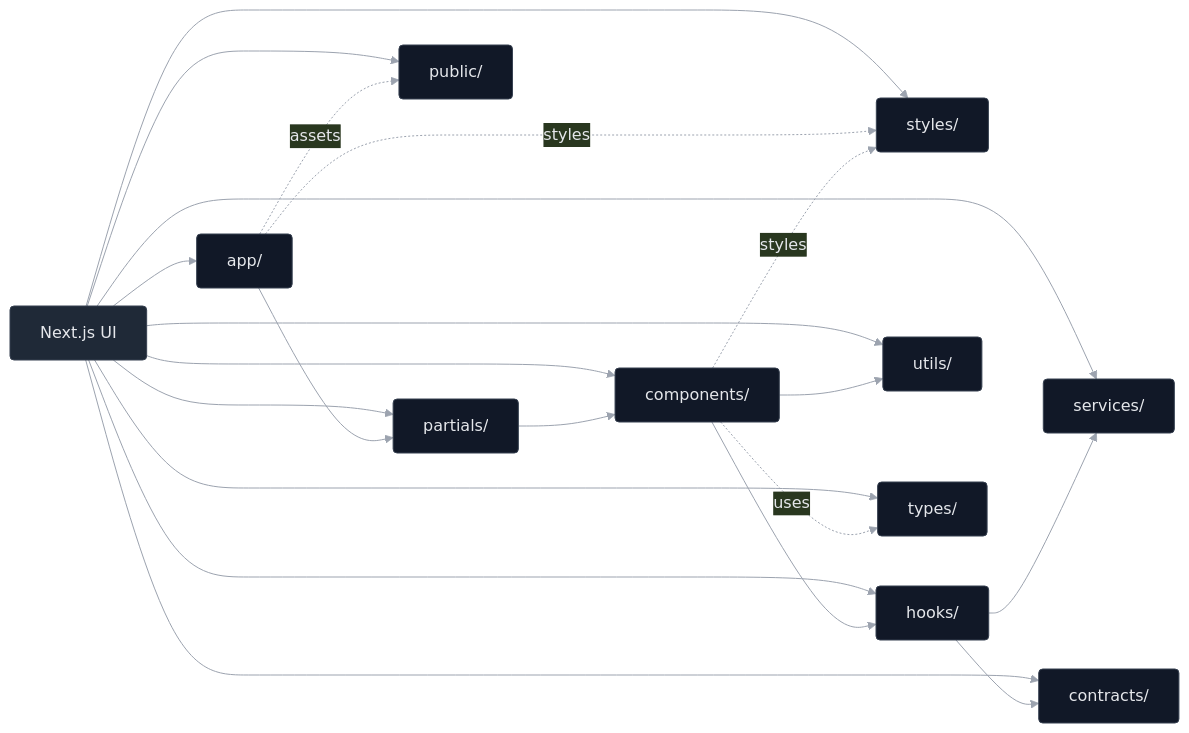
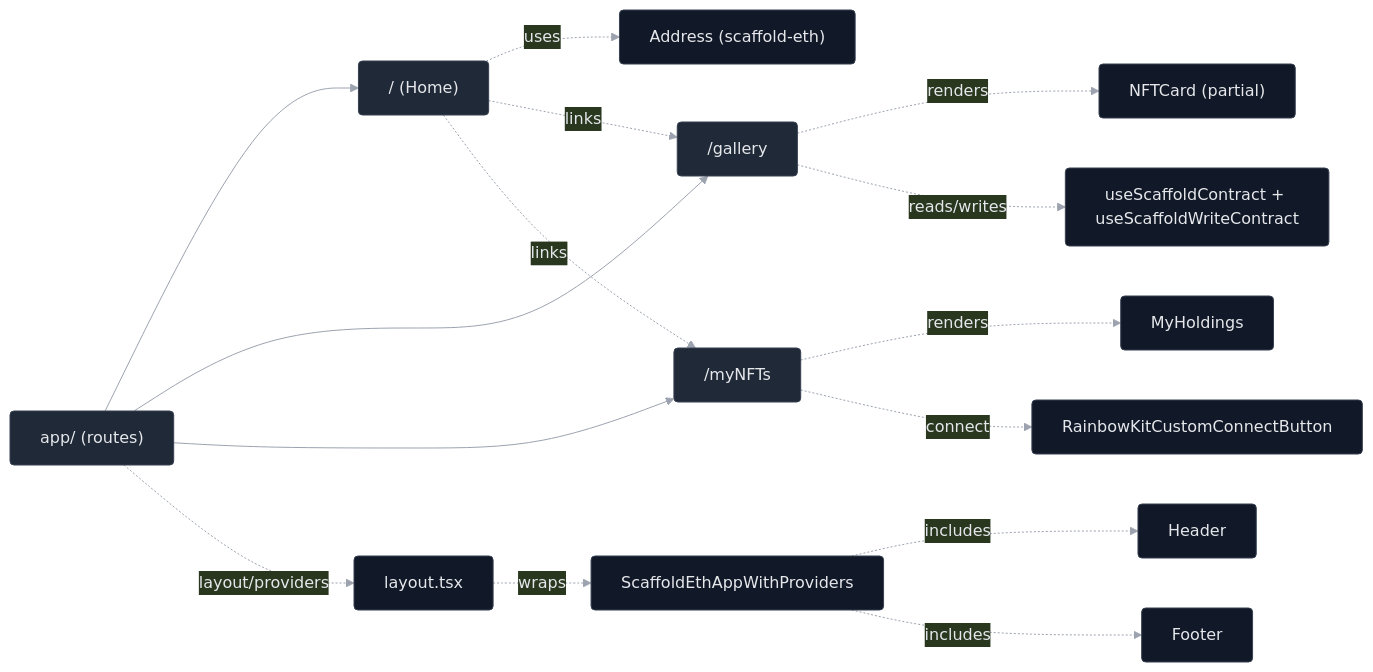
One commit to intuition-box/Meow changed the second of 2 diagrams in README.md. Above: the diagram before and after it, drawn with Mermaid. The commit also changed other lines of this file, not shown here.

Commit message:
docs: update UI structure diagram to show Next.js routes and components flow

````diff
--- a/README.md
+++ b/README.md
@@ -207,40 +207,37 @@
 ```mermaid
 %%{init: {
   "theme": "base",
   "themeVariables": {
     "primaryColor": "#1f2937",
     "primaryTextColor": "#e5e7eb",
     "primaryBorderColor": "#374151",
     "lineColor": "#9ca3af",
     "tertiaryColor": "#111827",
     "fontFamily": "Inter, ui-sans-serif, system-ui, -apple-system, Segoe UI, Roboto"
   }
 }}%%
 flowchart LR
   classDef dir fill:#1f2937,stroke:#374151,color:#e5e7eb,rx:4,ry:4;
   classDef leaf fill:#111827,stroke:#374151,color:#e5e7eb,rx:4,ry:4;
 
-  NEXTJS["Next.js UI"]:::dir
+  APP["app/ (routes)"]:::dir
 
-  NEXTJS --> NX_APP["app/"]:::leaf
-  NEXTJS --> NX_PART["partials/"]:::leaf
-  NEXTJS --> NX_CMP["components/"]:::leaf
-  NEXTJS --> NX_STY["styles/"]:::leaf
-  NEXTJS --> NX_PUB["public/"]:::leaf
-  NEXTJS --> NX_HK["hooks/"]:::leaf
-  NEXTJS --> NX_SRV["services/"]:::leaf
-  NEXTJS --> NX_CON["contracts/"]:::leaf
-  NEXTJS --> NX_UTIL["utils/"]:::leaf
-  NEXTJS --> NX_TYPES["types/"]:::leaf
+  APP --> HOME["/ (Home)"]:::dir
+  APP --> GALL["/gallery"]:::dir
+  APP --> MY["/myNFTs"]:::dir
 
-  NX_APP --> NX_PART
-  NX_PART --> NX_CMP
-  NX_CMP --> NX_HK
-  NX_HK --> NX_SRV
-  NX_HK --> NX_CON
-  NX_CMP --> NX_UTIL
-  NX_CMP -. uses .-> NX_TYPES
-  NX_APP -. styles .-> NX_STY
-  NX_CMP -. styles .-> NX_STY
-  NX_APP -. assets .-> NX_PUB
+  APP -. layout/providers .-> LYT["layout.tsx"]:::leaf
+  LYT -. wraps .-> PROV["ScaffoldEthAppWithProviders"]:::leaf
+  PROV -. includes .-> HDR["Header"]:::leaf
+  PROV -. includes .-> FTR["Footer"]:::leaf
+
+  HOME -. uses .-> ADDR["Address (scaffold-eth)"]:::leaf
+  HOME -. links .-> GALL
+  HOME -. links .-> MY
+
+  GALL -. renders .-> CARD["NFTCard (partial)"]:::leaf
+  GALL -. reads/writes .-> HOOKS["useScaffoldContract + useScaffoldWriteContract"]:::leaf
+
+  MY -. renders .-> HOLD["MyHoldings"]:::leaf
+  MY -. connect .-> RKC["RainbowKitCustomConnectButton"]:::leaf
 ```
````
